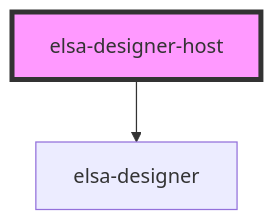
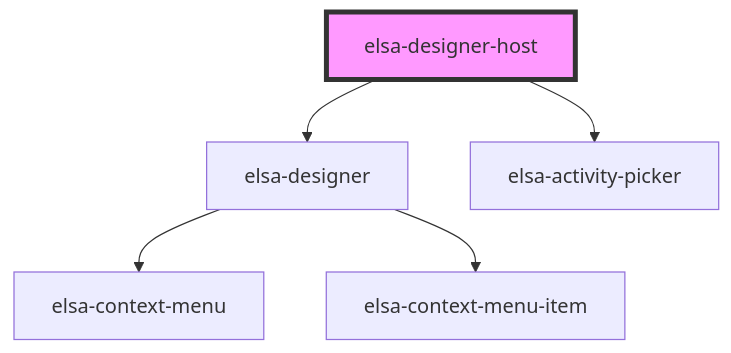
The diagram in elsa-workflows/src/components/designer-host/readme.md (elsa-workflows/elsa-designer), drawn with Mermaid before and after one commit. The commit also changed other lines of this file and 11 other files, not shown here.

````diff
--- a/elsa-workflows/src/components/designer-host/readme.md
+++ b/elsa-workflows/src/components/designer-host/readme.md
@@ -15,5 +24,8 @@
 ```mermaid
 graph TD;
   elsa-designer-host --> elsa-designer
+  elsa-designer-host --> elsa-activity-picker
+  elsa-designer --> elsa-context-menu
+  elsa-designer --> elsa-context-menu-item
   style elsa-designer-host fill:#f9f,stroke:#333,stroke-width:4px
 ```
````
